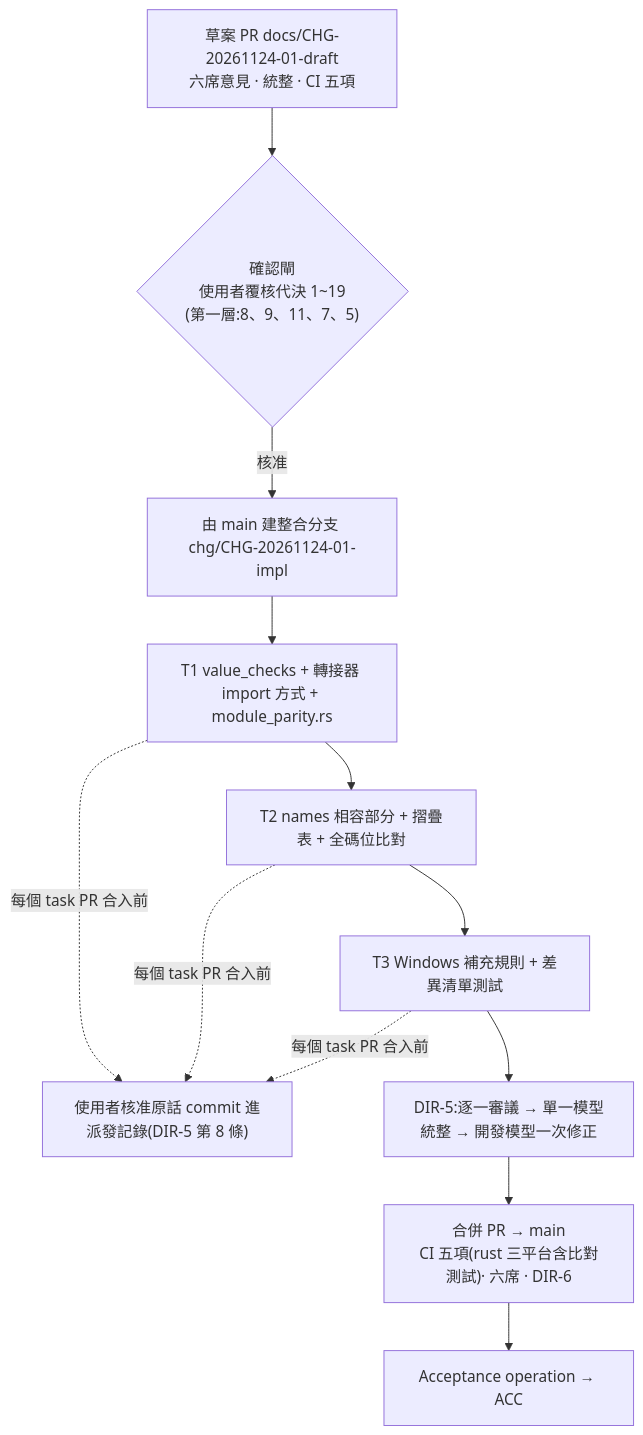
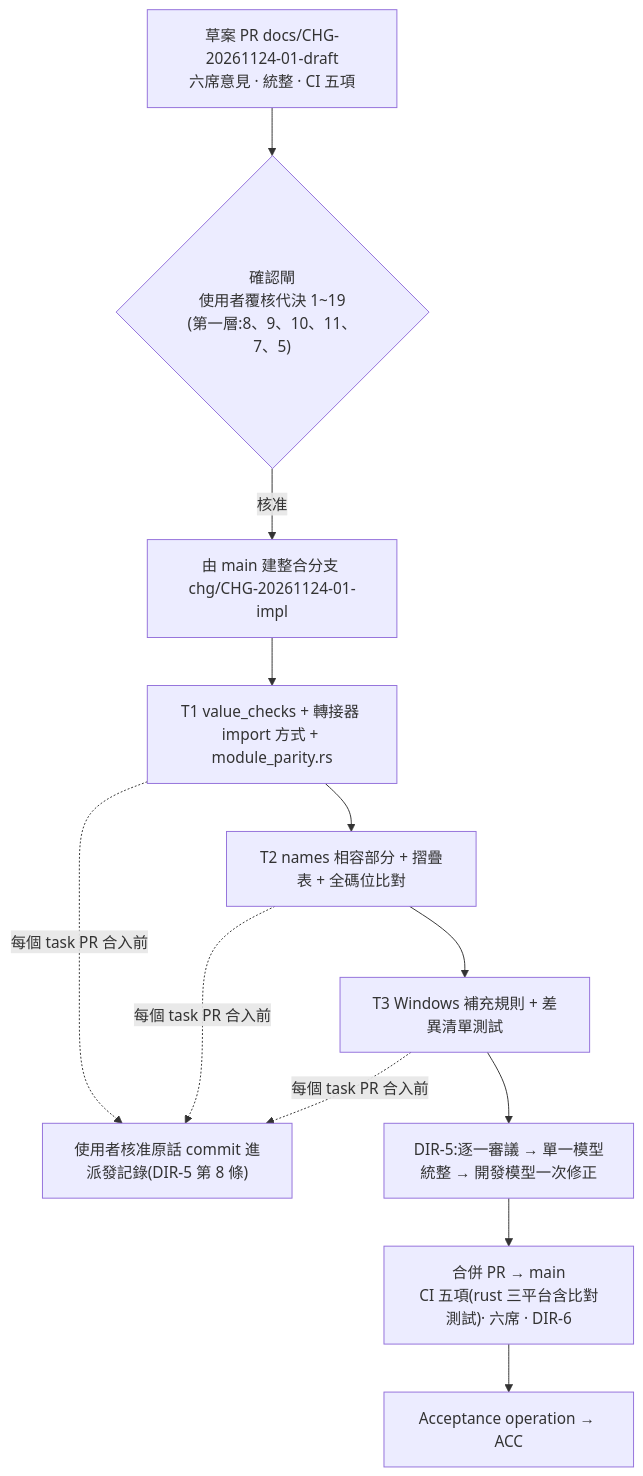
One commit to kamira/podcast-studio changed the third of 3 diagrams in docs/changes/CHG-20261124-01.md. Above: the diagram before and after it, drawn with Mermaid. The commit also changed other lines of this file, not shown here.

Commit message:
CHG-20261124-01: DIR-6 第 1 輪一次修正(F1~F8)

````diff
--- a/docs/changes/CHG-20261124-01.md
+++ b/docs/changes/CHG-20261124-01.md
@@ -285,12 +285,12 @@
 ```mermaid
 flowchart TD
-  A["草案 PR docs/CHG-20261124-01-draft<br/>六席意見 · 統整 · CI 五項"] --> B{"確認閘<br/>使用者覆核代決 1~19<br/>(第一層:8、9、11、7、5)"}
+  A["草案 PR docs/CHG-20261124-01-draft<br/>六席意見 · 統整 · CI 五項"] --> B{"確認閘<br/>使用者覆核代決 1~19<br/>(第一層:8、9、10、11、7、5)"}
   B -- 核准 --> C["由 main 建整合分支 chg/CHG-20261124-01-impl"]
   C --> T1["T1 value_checks + 轉接器 import 方式 + module_parity.rs"]
   T1 --> T2["T2 names 相容部分 + 摺疊表 + 全碼位比對"]
   T2 --> T3["T3 Windows 補充規則 + 差異清單測試"]
   T1 & T2 & T3 -. 每個 task PR 合入前 .-> AP["使用者核准原話 commit 進派發記錄(DIR-5 第 8 條)"]
   T3 --> RV["DIR-5:逐一審議 → 單一模型統整 → 開發模型一次修正"]
   RV --> MP["合併 PR → main<br/>CI 五項(rust 三平台含比對測試)· 六席 · DIR-6"]
   MP --> ACC["Acceptance operation → ACC"]
 ```
````
